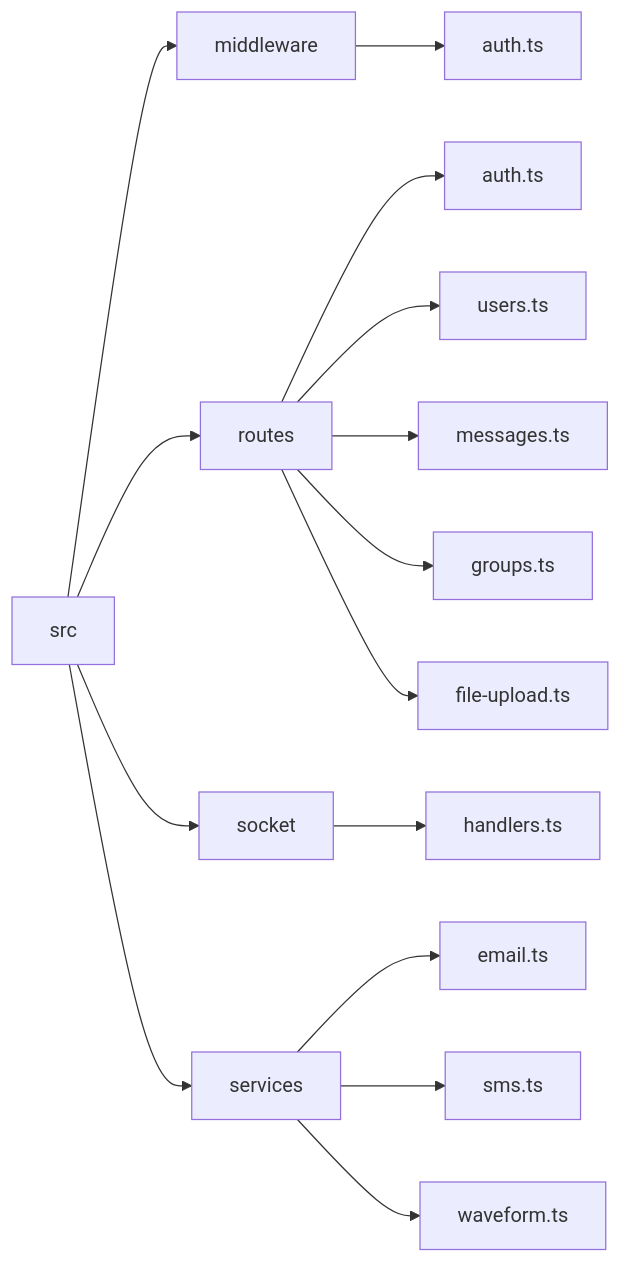
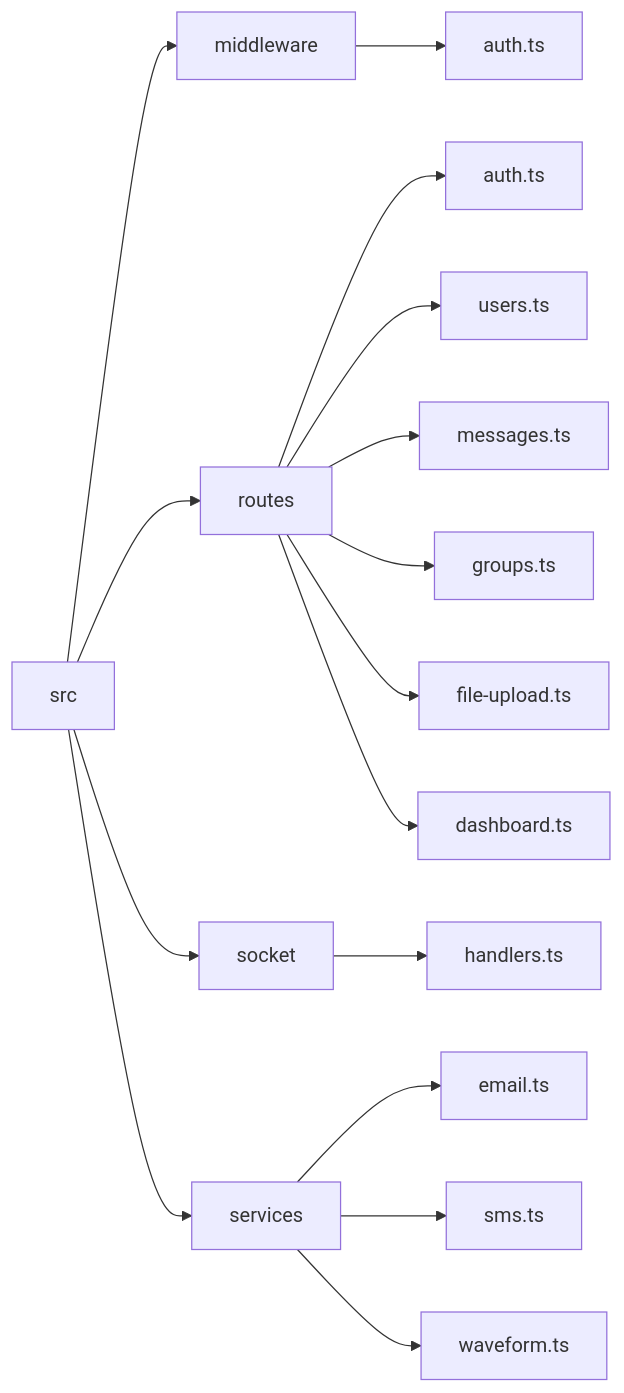
One commit to neofuture/chatr changed the first of 2 diagrams in Documentation/Backend/index.md. Above: the diagram before and after it, drawn with Mermaid. The commit also changed other lines of this file and 11 other files, not shown here.

````diff
--- a/Documentation/Backend/index.md
+++ b/Documentation/Backend/index.md
@@ -11,21 +11,22 @@
 ```mermaid
 graph LR
     src --> middleware
     src --> routes
     src --> socket
     src --> services
 
     middleware --> mauth[auth.ts]
 
     routes --> rauth[auth.ts]
     routes --> rusers[users.ts]
     routes --> rmessages[messages.ts]
     routes --> rgroups[groups.ts]
     routes --> rupload[file-upload.ts]
+    routes --> rdashboard[dashboard.ts]
 
     socket --> handlers[handlers.ts]
 
     services --> semail[email.ts]
     services --> ssms[sms.ts]
     services --> swaveform[waveform.ts]
 ```
````
